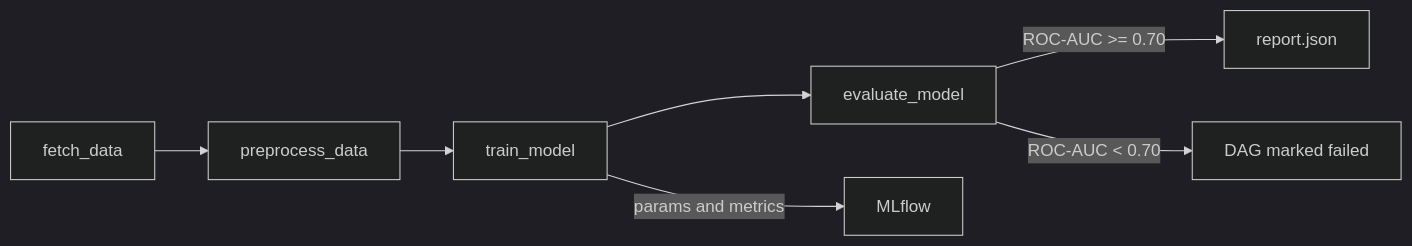
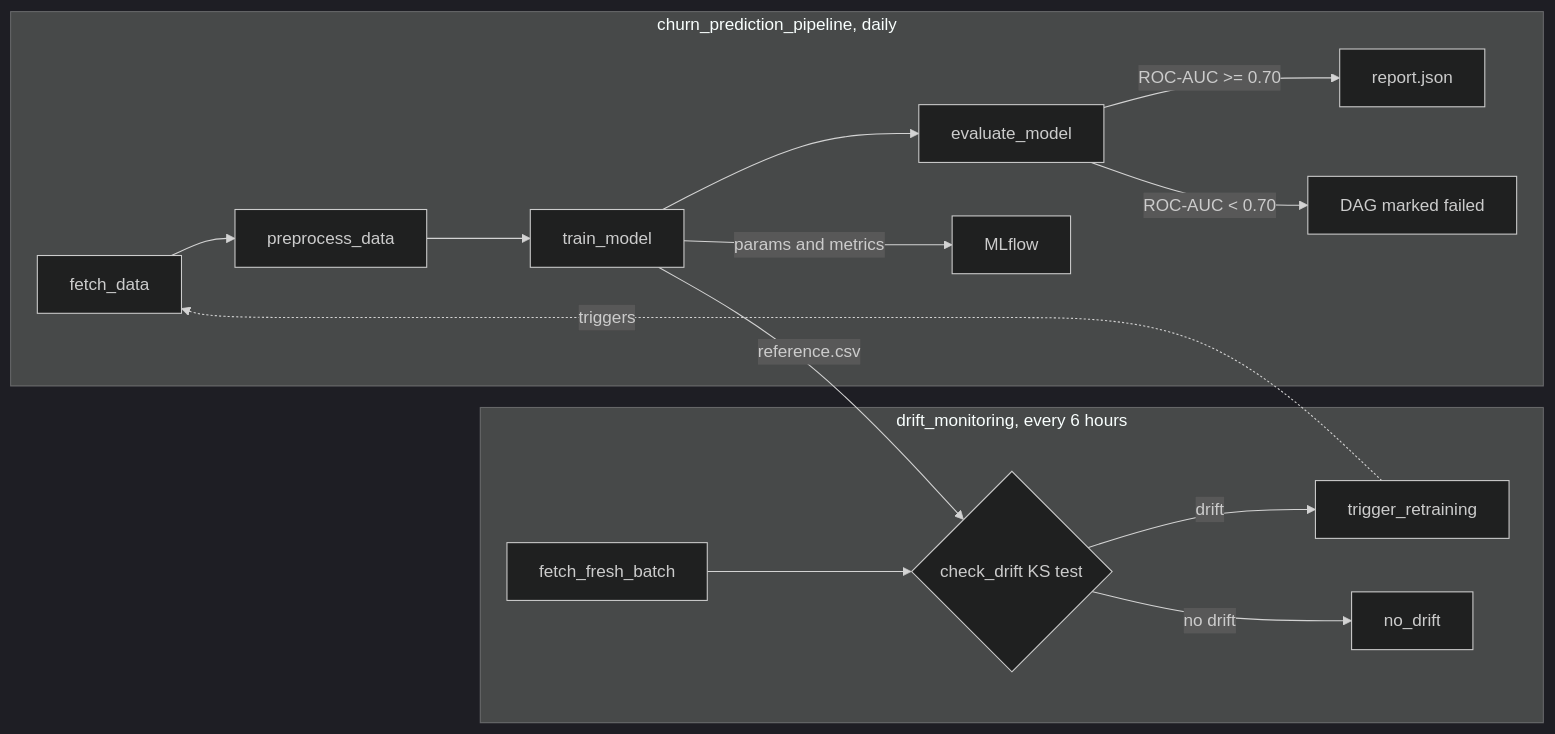
Before and after one commit to yigit-8/airflow-ml-pipeline: the diagram in README.md, drawn with Mermaid (dark theme). The commit also changed other lines of this file and 3 other files, not shown here.

First line of the commit message:
Add drift monitoring DAG that triggers retraining

````diff
--- a/README.md
+++ b/README.md
@@ -17,7 +20,16 @@
 ```mermaid
 flowchart LR
-    F[fetch_data] --> P[preprocess_data] --> TR[train_model] --> E[evaluate_model]
-    TR -- params and metrics --> M[MLflow]
-    E -- "ROC-AUC >= 0.70" --> OK[report.json]
-    E -- "ROC-AUC < 0.70" --> FAIL[DAG marked failed]
+    subgraph training [churn_prediction_pipeline, daily]
+        F[fetch_data] --> P[preprocess_data] --> TR[train_model] --> E[evaluate_model]
+        TR -- params and metrics --> M[MLflow]
+        E -- "ROC-AUC >= 0.70" --> OK[report.json]
+        E -- "ROC-AUC < 0.70" --> FAIL[DAG marked failed]
+    end
+    subgraph monitoring [drift_monitoring, every 6 hours]
+        FB[fetch_fresh_batch] --> CD{check_drift KS test}
+        CD -- drift --> TRIG[trigger_retraining]
+        CD -- no drift --> NOOP[no_drift]
+    end
+    TR -- reference.csv --> CD
+    TRIG -. triggers .-> F
 ```
````
